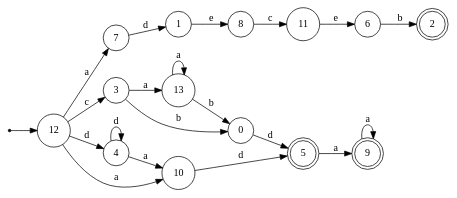
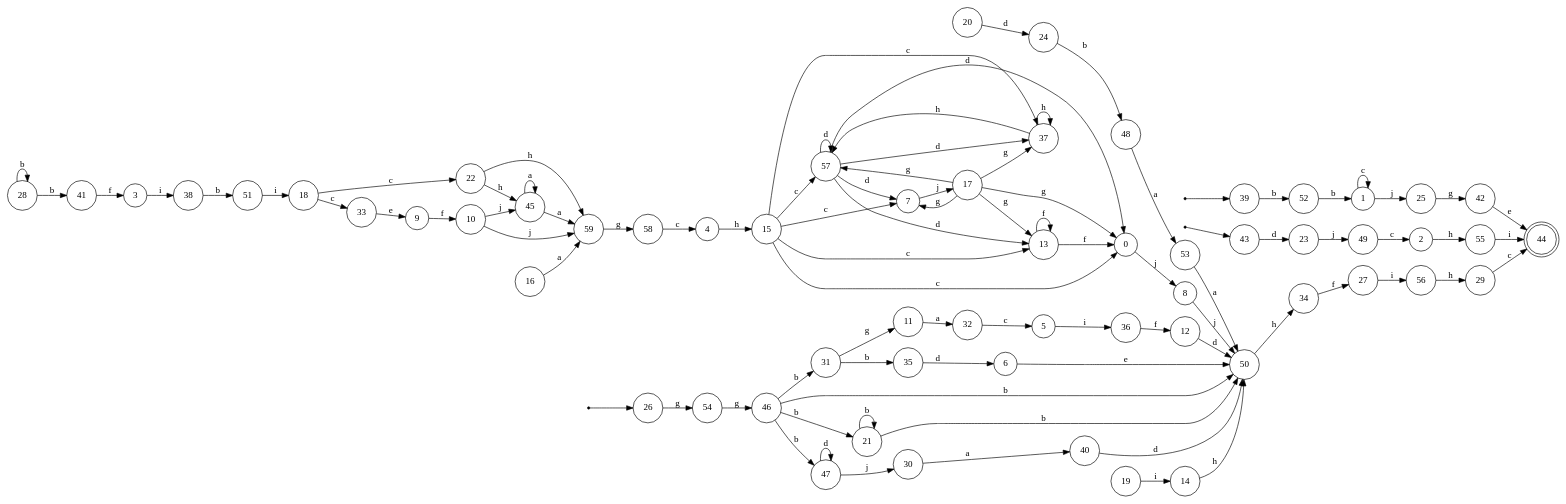
The diagram in minimized/left.gv (LeonardoDeFaveri/NFA-minimization), drawn with Graphviz before and after one commit. The commit also changed 15 other files, not shown here.

```diff
--- a/minimized/left.gv
+++ b/minimized/left.gv
@@ -1,39 +1,155 @@
 digraph {
 	rankdir = LR;
 	size = "30,20";
 	node [shape = point]; "dummy0"
-	node [shape = circle]; "12"
-	"dummy0" -> "12";
+	node [shape = circle]; "39"
+	"dummy0" -> "39";
+	node [shape = point]; "dummy1"
+	node [shape = circle]; "43"
+	"dummy1" -> "43";
+	node [shape = point]; "dummy2"
+	node [shape = circle]; "26"
+	"dummy2" -> "26";
+	node [shape = circle]; "41";
+	node [shape = circle]; "22";
+	node [shape = circle]; "5";
+	node [shape = circle]; "30";
+	node [shape = circle]; "18";
+	node [shape = circle]; "15";
+	node [shape = circle]; "10";
+	node [shape = circle]; "31";
+	node [shape = circle]; "51";
+	node [shape = circle]; "53";
+	node [shape = circle]; "42";
+	node [shape = circle]; "36";
+	node [shape = circle]; "47";
+	node [shape = circle]; "55";
+	node [shape = doublecircle]; "44";
+	node [shape = circle]; "48";
+	node [shape = circle]; "45";
+	node [shape = circle]; "8";
+	node [shape = circle]; "12";
+	node [shape = circle]; "46";
+	node [shape = circle]; "21";
+	node [shape = circle]; "14";
+	node [shape = circle]; "54";
+	node [shape = circle]; "9";
+	node [shape = circle]; "20";
+	node [shape = circle]; "27";
+	node [shape = circle]; "6";
+	node [shape = circle]; "25";
+	node [shape = circle]; "1";
+	node [shape = circle]; "50";
+	node [shape = circle]; "38";
+	node [shape = circle]; "35";
+	node [shape = circle]; "17";
+	node [shape = circle]; "56";
+	node [shape = circle]; "57";
+	node [shape = circle]; "59";
+	node [shape = circle]; "34";
+	node [shape = circle]; "19";
+	node [shape = circle]; "3";
+	node [shape = circle]; "58";
+	node [shape = circle]; "13";
+	node [shape = circle]; "4";
+	node [shape = circle]; "49";
+	node [shape = circle]; "32";
+	node [shape = circle]; "52";
+	node [shape = circle]; "16";
+	node [shape = circle]; "29";
+	node [shape = circle]; "24";
+	node [shape = circle]; "2";
+	node [shape = circle]; "33";
+	node [shape = circle]; "0";
+	node [shape = circle]; "37";
+	node [shape = circle]; "7";
 	node [shape = circle]; "11";
-	node [shape = circle]; "4";
-	node [shape = circle]; "6";
-	node [shape = doublecircle]; "2";
-	node [shape = circle]; "7";
-	node [shape = doublecircle]; "5";
-	node [shape = circle]; "8";
-	node [shape = circle]; "3";
-	node [shape = doublecircle]; "9";
-	node [shape = circle]; "10";
-	node [shape = circle]; "0";
-	node [shape = circle]; "13";
-	node [shape = circle]; "1";
-	"1" -> "8" [label = "e"];
-	"13" -> "13" [label = "a"];
-	"13" -> "0" [label = "b"];
-	"5" -> "9" [label = "a"];
-	"9" -> "9" [label = "a"];
-	"4" -> "10" [label = "a"];
-	"4" -> "4" [label = "d"];
-	"6" -> "2" [label = "b"];
-	"0" -> "5" [label = "d"];
-	"10" -> "5" [label = "d"];
-	"3" -> "13" [label = "a"];
-	"3" -> "0" [label = "b"];
-	"12" -> "10" [label = "a"];
-	"12" -> "7" [label = "a"];
-	"12" -> "4" [label = "d"];
-	"12" -> "3" [label = "c"];
-	"8" -> "11" [label = "c"];
-	"11" -> "6" [label = "e"];
-	"7" -> "1" [label = "d"];
+	node [shape = circle]; "40";
+	node [shape = circle]; "28";
+	node [shape = circle]; "23";
+	"16" -> "59" [label = "a"];
+	"58" -> "4" [label = "c"];
+	"24" -> "48" [label = "b"];
+	"5" -> "36" [label = "i"];
+	"13" -> "0" [label = "f"];
+	"13" -> "13" [label = "f"];
+	"43" -> "23" [label = "d"];
+	"20" -> "24" [label = "d"];
+	"25" -> "42" [label = "g"];
+	"7" -> "17" [label = "j"];
+	"40" -> "50" [label = "d"];
+	"2" -> "55" [label = "h"];
+	"47" -> "30" [label = "j"];
+	"47" -> "47" [label = "d"];
+	"53" -> "50" [label = "a"];
+	"34" -> "27" [label = "f"];
+	"51" -> "18" [label = "i"];
+	"17" -> "37" [label = "g"];
+	"17" -> "57" [label = "g"];
+	"17" -> "0" [label = "g"];
+	"17" -> "13" [label = "g"];
+	"17" -> "7" [label = "g"];
+	"10" -> "45" [label = "j"];
+	"10" -> "59" [label = "j"];
+	"50" -> "34" [label = "h"];
+	"22" -> "45" [label = "h"];
+	"22" -> "59" [label = "h"];
+	"36" -> "12" [label = "f"];
+	"54" -> "46" [label = "g"];
+	"12" -> "50" [label = "d"];
+	"14" -> "50" [label = "h"];
+	"1" -> "25" [label = "j"];
+	"1" -> "1" [label = "c"];
+	"21" -> "21" [label = "b"];
+	"21" -> "50" [label = "b"];
+	"31" -> "11" [label = "g"];
+	"31" -> "35" [label = "b"];
+	"33" -> "9" [label = "e"];
+	"59" -> "58" [label = "g"];
+	"27" -> "56" [label = "i"];
+	"55" -> "44" [label = "i"];
+	"9" -> "10" [label = "f"];
+	"0" -> "8" [label = "j"];
+	"15" -> "0" [label = "c"];
+	"15" -> "57" [label = "c"];
+	"15" -> "37" [label = "c"];
+	"15" -> "7" [label = "c"];
+	"15" -> "13" [label = "c"];
+	"49" -> "2" [label = "c"];
+	"19" -> "14" [label = "i"];
+	"8" -> "50" [label = "j"];
+	"4" -> "15" [label = "h"];
+	"30" -> "40" [label = "a"];
+	"48" -> "53" [label = "a"];
+	"6" -> "50" [label = "e"];
+	"56" -> "29" [label = "h"];
+	"11" -> "32" [label = "a"];
+	"45" -> "59" [label = "a"];
+	"45" -> "45" [label = "a"];
+	"37" -> "37" [label = "h"];
+	"37" -> "57" [label = "h"];
+	"29" -> "44" [label = "c"];
+	"52" -> "1" [label = "b"];
+	"3" -> "38" [label = "i"];
+	"23" -> "49" [label = "j"];
+	"39" -> "52" [label = "b"];
+	"38" -> "51" [label = "b"];
+	"18" -> "33" [label = "c"];
+	"18" -> "22" [label = "c"];
+	"57" -> "0" [label = "d"];
+	"57" -> "57" [label = "d"];
+	"57" -> "13" [label = "d"];
+	"57" -> "7" [label = "d"];
+	"57" -> "37" [label = "d"];
+	"35" -> "6" [label = "d"];
+	"46" -> "21" [label = "b"];
+	"46" -> "50" [label = "b"];
+	"46" -> "47" [label = "b"];
+	"46" -> "31" [label = "b"];
+	"32" -> "5" [label = "c"];
+	"26" -> "54" [label = "g"];
+	"42" -> "44" [label = "e"];
+	"41" -> "3" [label = "f"];
+	"28" -> "41" [label = "b"];
+	"28" -> "28" [label = "b"];
 }
```
